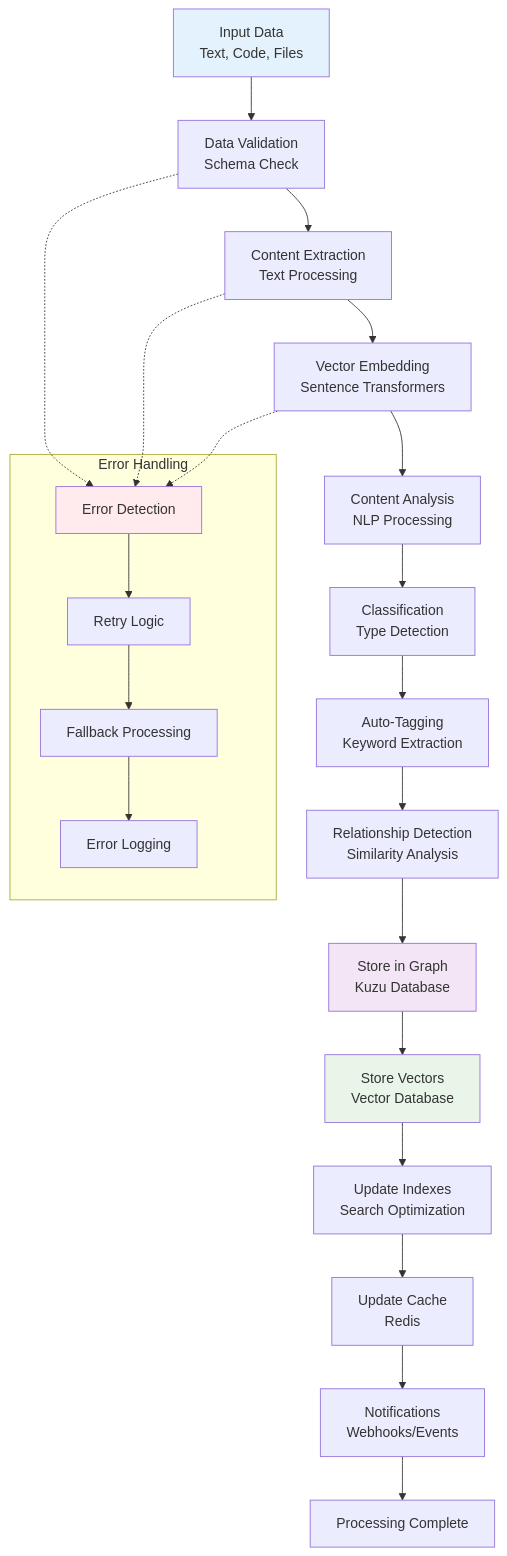
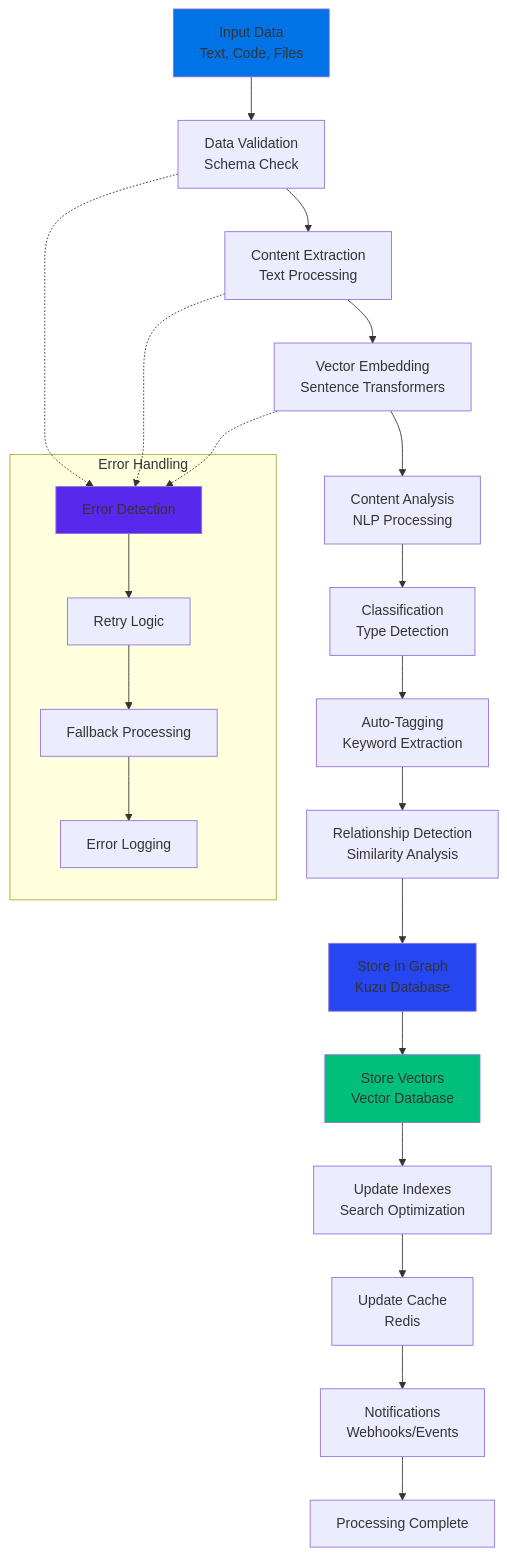
The fourth of 17 diagrams in README.md (elementalcollision/GraphMemory-IDE), drawn with Mermaid before and after one commit. The commit also changed other lines of this file, not shown here.

Commit message:
feat: Apply vibrant color palette to all Mermaid diagrams for improved readability and visual consistency

````diff
--- a/README.md
+++ b/README.md
@@ -261,38 +261,38 @@
 ```mermaid
 flowchart TD
     INPUT[Input Data<br/>Text, Code, Files] --> VALIDATE[Data Validation<br/>Schema Check]
     VALIDATE --> EXTRACT[Content Extraction<br/>Text Processing]
     EXTRACT --> EMBED[Vector Embedding<br/>Sentence Transformers]
     EMBED --> ANALYZE[Content Analysis<br/>NLP Processing]
     
     ANALYZE --> CLASSIFY[Classification<br/>Type Detection]
     CLASSIFY --> TAG[Auto-Tagging<br/>Keyword Extraction]
     TAG --> RELATE[Relationship Detection<br/>Similarity Analysis]
     
     RELATE --> STORE_GRAPH[Store in Graph<br/>Kuzu Database]
     STORE_GRAPH --> STORE_VECTOR[Store Vectors<br/>Vector Database]
     STORE_VECTOR --> INDEX[Update Indexes<br/>Search Optimization]
     
     INDEX --> CACHE[Update Cache<br/>Redis]
     CACHE --> NOTIFY[Notifications<br/>Webhooks/Events]
     NOTIFY --> COMPLETE[Processing Complete]
     
     subgraph "Error Handling"
         ERROR[Error Detection]
         RETRY[Retry Logic]
         FALLBACK[Fallback Processing]
         LOG[Error Logging]
     end
     
     VALIDATE -.-> ERROR
     EXTRACT -.-> ERROR
     EMBED -.-> ERROR
     ERROR --> RETRY
     RETRY --> FALLBACK
     FALLBACK --> LOG
     
-    style INPUT fill:#e3f2fd
-    style STORE_GRAPH fill:#f3e5f5
-    style STORE_VECTOR fill:#e8f5e8
-    style ERROR fill:#ffebee
+    style INPUT fill:#0073e6
+    style STORE_GRAPH fill:#2546f0
+    style STORE_VECTOR fill:#00bf7d
+    style ERROR fill:#5928ed
 ```
````
